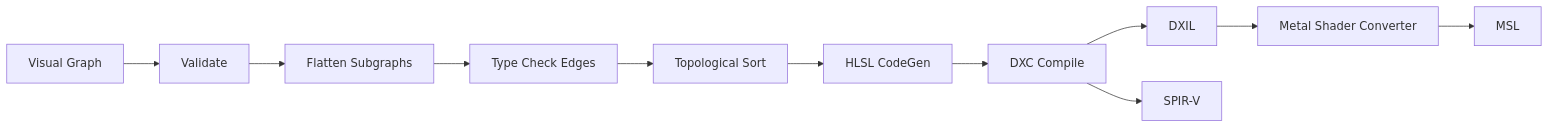
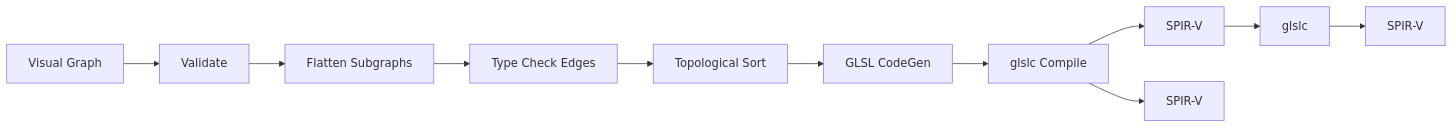
One commit to harmonius-dev/harmonius changed the second of 6 diagrams in docs/design/vfx/effects.md. Above: the diagram before and after it, drawn with Mermaid. The commit also changed other lines of this file and 128 other files, not shown here.

````diff
--- a/docs/design/vfx/effects.md
+++ b/docs/design/vfx/effects.md
@@ -222,13 +222,13 @@
 ```mermaid
 flowchart LR
     A[Visual Graph] --> B[Validate]
     B --> C[Flatten Subgraphs]
     C --> D[Type Check Edges]
     D --> E[Topological Sort]
-    E --> F[HLSL CodeGen]
-    F --> G[DXC Compile]
-    G --> H[DXIL]
+    E --> F[GLSL CodeGen]
+    F --> G[glslc Compile]
+    G --> H[SPIR-V]
     G --> I[SPIR-V]
-    H --> J[Metal Shader Converter]
-    J --> K[MSL]
+    H --> J[glslc]
+    J --> K[SPIR-V]
 ```
````
